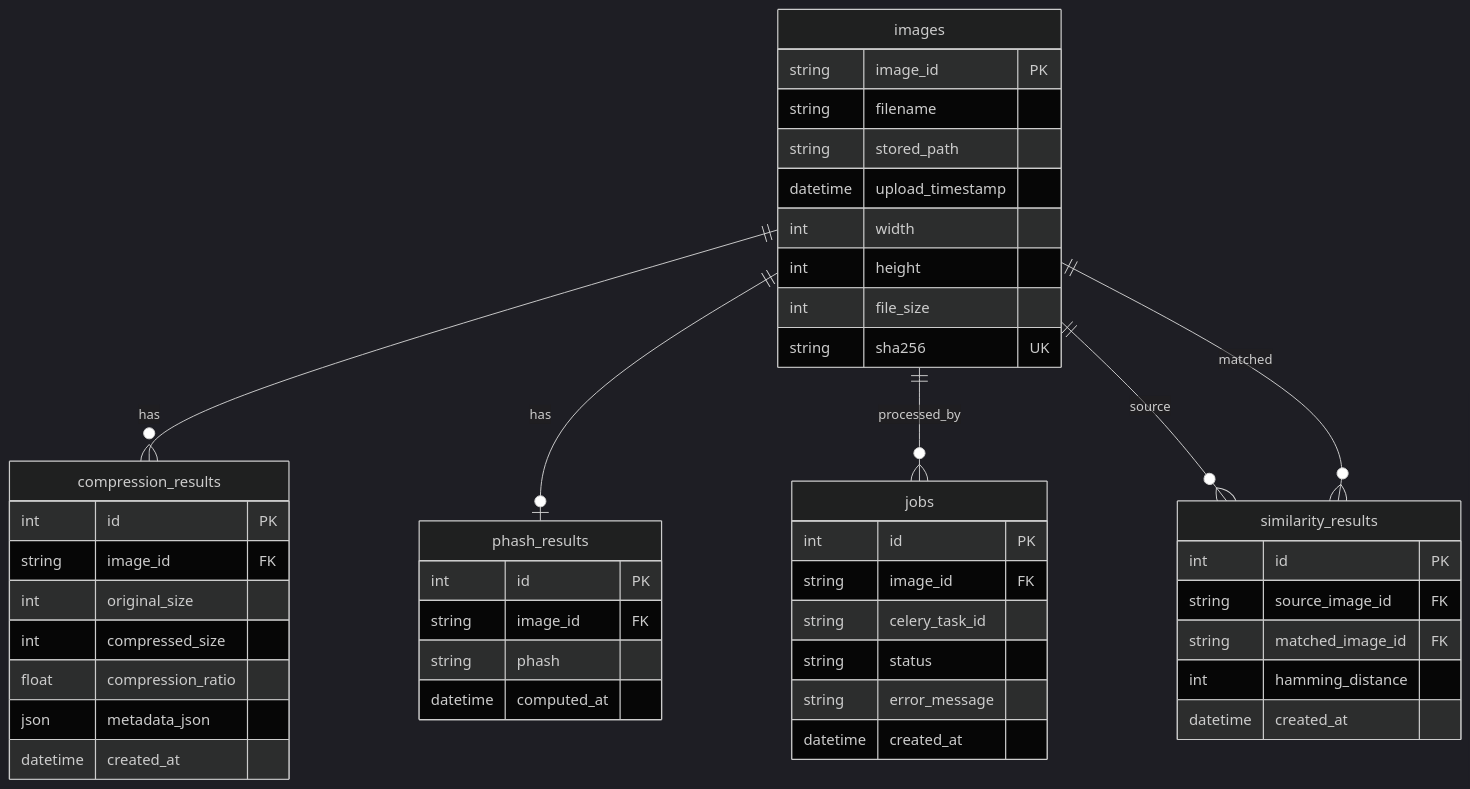
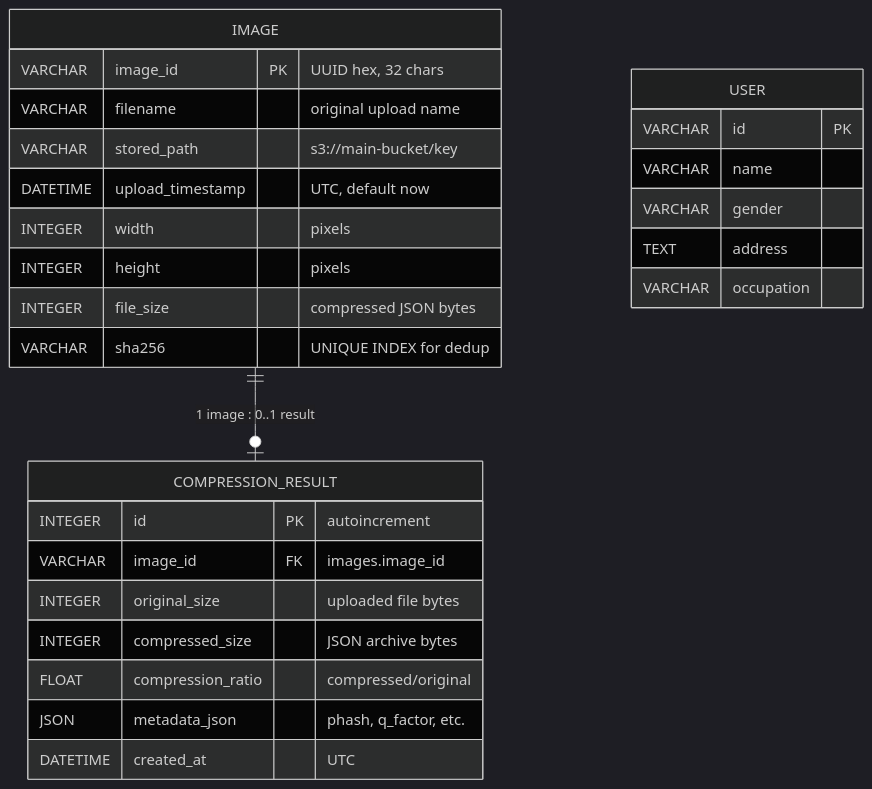
One commit to Vikas-ai56/AlgoStore_DAA changed the third of 5 diagrams in README.md. Above: the diagram before and after it, drawn with Mermaid (dark theme). The commit also changed other lines of this file and 3 other files, not shown here.

Commit message:
rewrite README to reflect new image compression profiler architecture and update backend to support multi-step task dispatching with Celery and MinIO storage

````diff
--- a/README.md
+++ b/README.md
@@ -1208,53 +1023,33 @@
 ```mermaid
 erDiagram
-    images {
-        string image_id PK
-        string filename
-        string stored_path
-        datetime upload_timestamp
-        int width
-        int height
-        int file_size
-        string sha256 UK
+    IMAGE {
+        VARCHAR image_id PK "UUID hex, 32 chars"
+        VARCHAR filename "original upload name"
+        VARCHAR stored_path "s3://main-bucket/key"
+        DATETIME upload_timestamp "UTC, default now"
+        INTEGER width "pixels"
+        INTEGER height "pixels"
+        INTEGER file_size "compressed JSON bytes"
+        VARCHAR sha256 "UNIQUE INDEX for dedup"
     }
 
-    compression_results {
-        int id PK
-        string image_id FK
-        int original_size
-        int compressed_size
-        float compression_ratio
-        json metadata_json
-        datetime created_at
+    COMPRESSION_RESULT {
+        INTEGER id PK "autoincrement"
+        VARCHAR image_id FK "images.image_id"
+        INTEGER original_size "uploaded file bytes"
+        INTEGER compressed_size "JSON archive bytes"
+        FLOAT compression_ratio "compressed/original"
+        JSON metadata_json "phash, q_factor, etc."
+        DATETIME created_at "UTC"
     }
 
-    phash_results {
-        int id PK
-        string image_id FK
-        string phash
-        datetime computed_at
+    USER {
+        VARCHAR id PK
+        VARCHAR name
+        VARCHAR gender
+        TEXT address
+        VARCHAR occupation
     }
 
-    jobs {
-        int id PK
-        string image_id FK
-        string celery_task_id
-        string status
-        string error_message
-        datetime created_at
-    }
-
-    similarity_results {
-        int id PK
-        string source_image_id FK
-        string matched_image_id FK
-        int hamming_distance
-        datetime created_at
-    }
-
-    images ||--o{ compression_results : "has"
-    images ||--o| phash_results : "has"
-    images ||--o{ jobs : "processed_by"
-    images ||--o{ similarity_results : "source"
-    images ||--o{ similarity_results : "matched"
+    IMAGE ||--o| COMPRESSION_RESULT : "1 image : 0..1 result"
 ```
````
